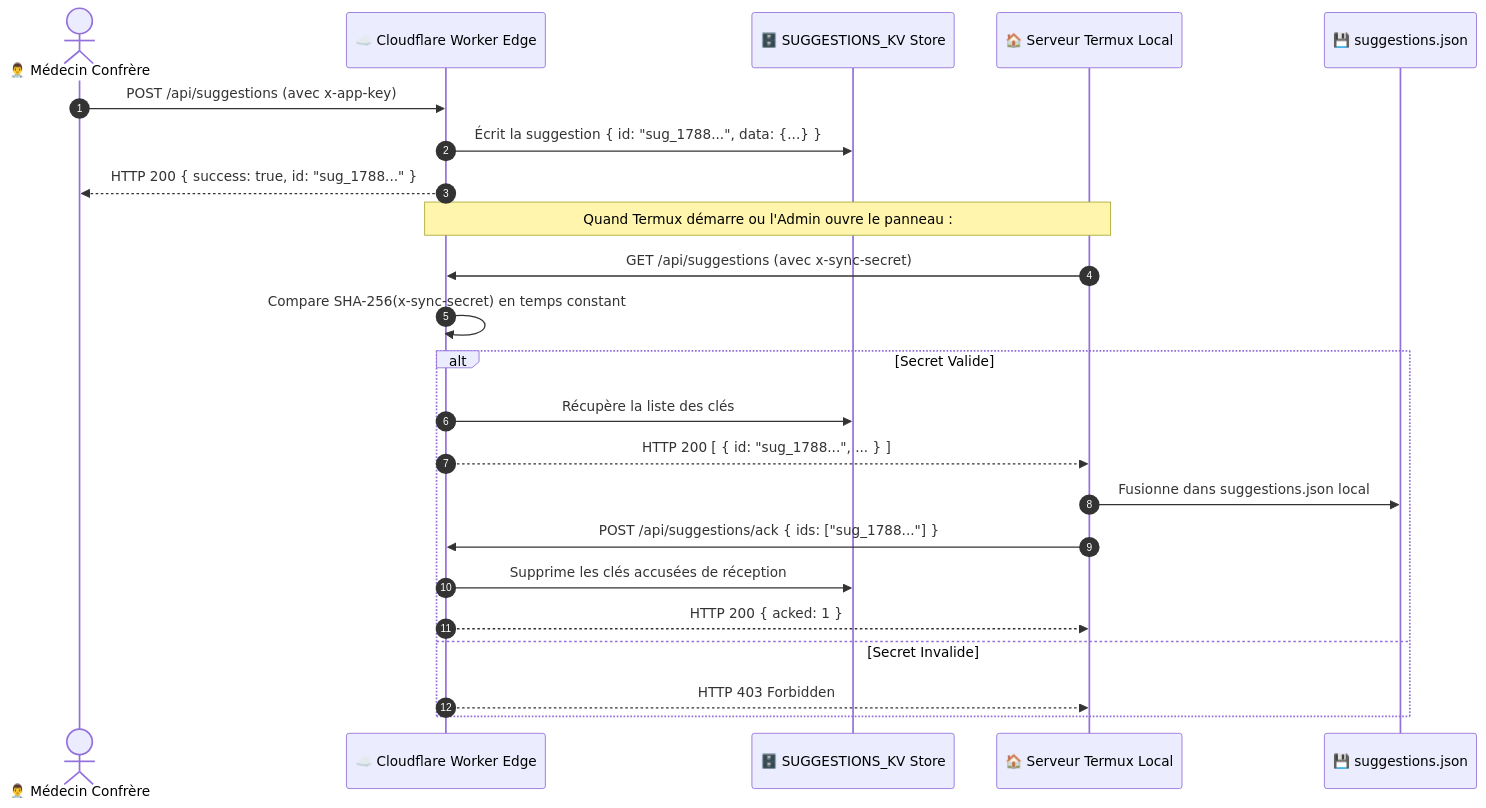
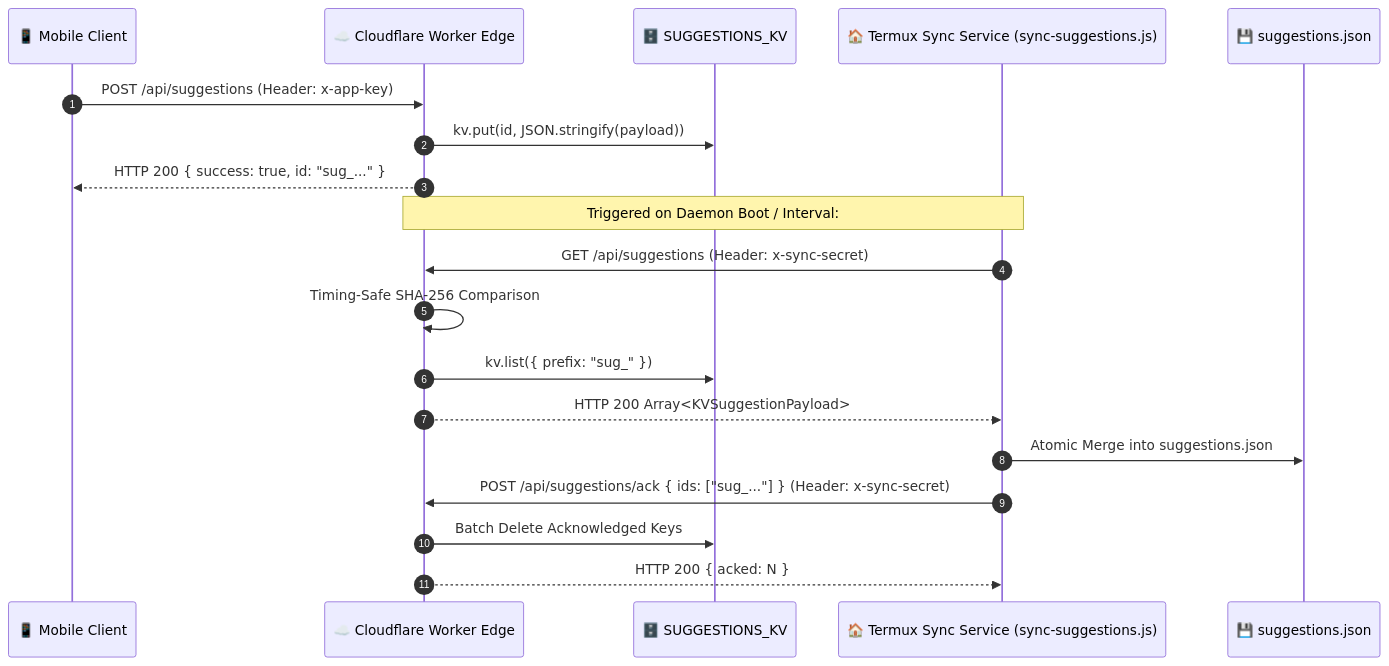
The second of 2 diagrams in docs/01-architecture/dual-rail-network.md (iillaa/med), drawn with Mermaid before and after one commit. The commit also changed other lines of this file and 6 other files, not shown here.

````diff
--- a/docs/01-architecture/dual-rail-network.md
+++ b/docs/01-architecture/dual-rail-network.md
@@ -78,27 +72,24 @@
 ```mermaid
 sequenceDiagram
     autonumber
-    actor Contributor as 👨‍⚕️ Médecin Confrère
+    participant App as 📱 Mobile Client
     participant Worker as ☁️ Cloudflare Worker Edge
-    participant KV as 🗄️ SUGGESTIONS_KV Store
-    participant Termux as 🏠 Serveur Termux Local
-    participant DB as 💾 suggestions.json
+    participant KV as 🗄️ SUGGESTIONS_KV
+    participant Daemon as 🏠 Termux Sync Service (sync-suggestions.js)
+    participant LocalDB as 💾 suggestions.json
 
-    Contributor->>Worker: POST /api/suggestions (avec x-app-key)
-    Worker->>KV: Écrit la suggestion { id: "sug_1788...", data: {...} }
-    Worker-->>Contributor: HTTP 200 { success: true, id: "sug_1788..." }
+    App->>Worker: POST /api/suggestions (Header: x-app-key)
+    Worker->>KV: kv.put(id, JSON.stringify(payload))
+    Worker-->>App: HTTP 200 { success: true, id: "sug_..." }
 
-    Note over Termux,Worker: Quand Termux démarre ou l'Admin ouvre le panneau :
-    Termux->>Worker: GET /api/suggestions (avec x-sync-secret)
-    Worker->>Worker: Compare SHA-256(x-sync-secret) en temps constant
-    alt Secret Valide
-        Worker->>KV: Récupère la liste des clés
-        Worker-->>Termux: HTTP 200 [ { id: "sug_1788...", ... } ]
-        Termux->>DB: Fusionne dans suggestions.json local
-        Termux->>Worker: POST /api/suggestions/ack { ids: ["sug_1788..."] }
-        Worker->>KV: Supprime les clés accusées de réception
-        Worker-->>Termux: HTTP 200 { acked: 1 }
-    else Secret Invalide
-        Worker-->>Termux: HTTP 403 Forbidden
-    end
+    Note over Worker,Daemon: Triggered on Daemon Boot / Interval:
+    Daemon->>Worker: GET /api/suggestions (Header: x-sync-secret)
+    Worker->>Worker: Timing-Safe SHA-256 Comparison
+    Worker->>KV: kv.list({ prefix: "sug_" })
+    Worker-->>Daemon: HTTP 200 Array<KVSuggestionPayload>
+    
+    Daemon->>LocalDB: Atomic Merge into suggestions.json
+    Daemon->>Worker: POST /api/suggestions/ack { ids: ["sug_..."] } (Header: x-sync-secret)
+    Worker->>KV: Batch Delete Acknowledged Keys
+    Worker-->>Daemon: HTTP 200 { acked: N }
 ```
````
